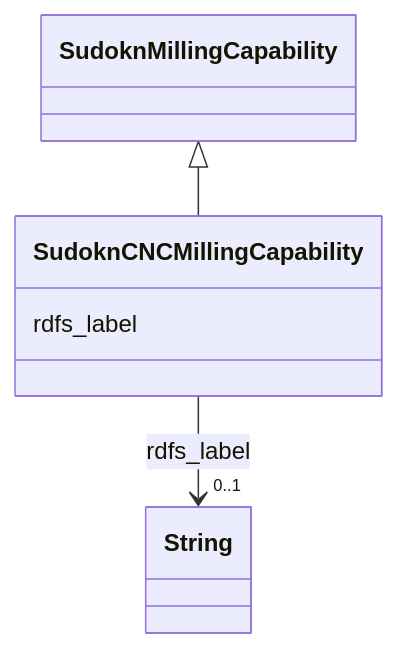
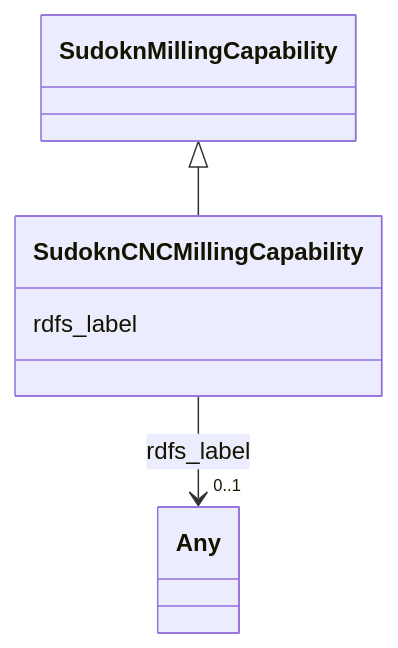
One commit to frink-okn/graph-descriptions changed the diagram in sudokn-kg/classes/SudoknCNCMillingCapability.md. Above: the diagram before and after it, drawn with Mermaid. The commit also changed other lines of this file and 903 other files, not shown here.

````diff
--- a/sudokn-kg/classes/SudoknCNCMillingCapability.md
+++ b/sudokn-kg/classes/SudoknCNCMillingCapability.md
@@ -23,18 +18,18 @@
 ```mermaid
  classDiagram
     class SudoknCNCMillingCapability
     click SudoknCNCMillingCapability href "../SudoknCNCMillingCapability"
       SudoknMillingCapability <|-- SudoknCNCMillingCapability
         click SudoknMillingCapability href "../SudoknMillingCapability"
       
       SudoknCNCMillingCapability : rdfs_label
         
           
     
     
-    SudoknCNCMillingCapability --> "0..1" String : rdfs_label
-    click String href "../String"
+    SudoknCNCMillingCapability --> "0..1" Any : rdfs_label
+    click Any href "../Any"
 
         
       
 ```
````
